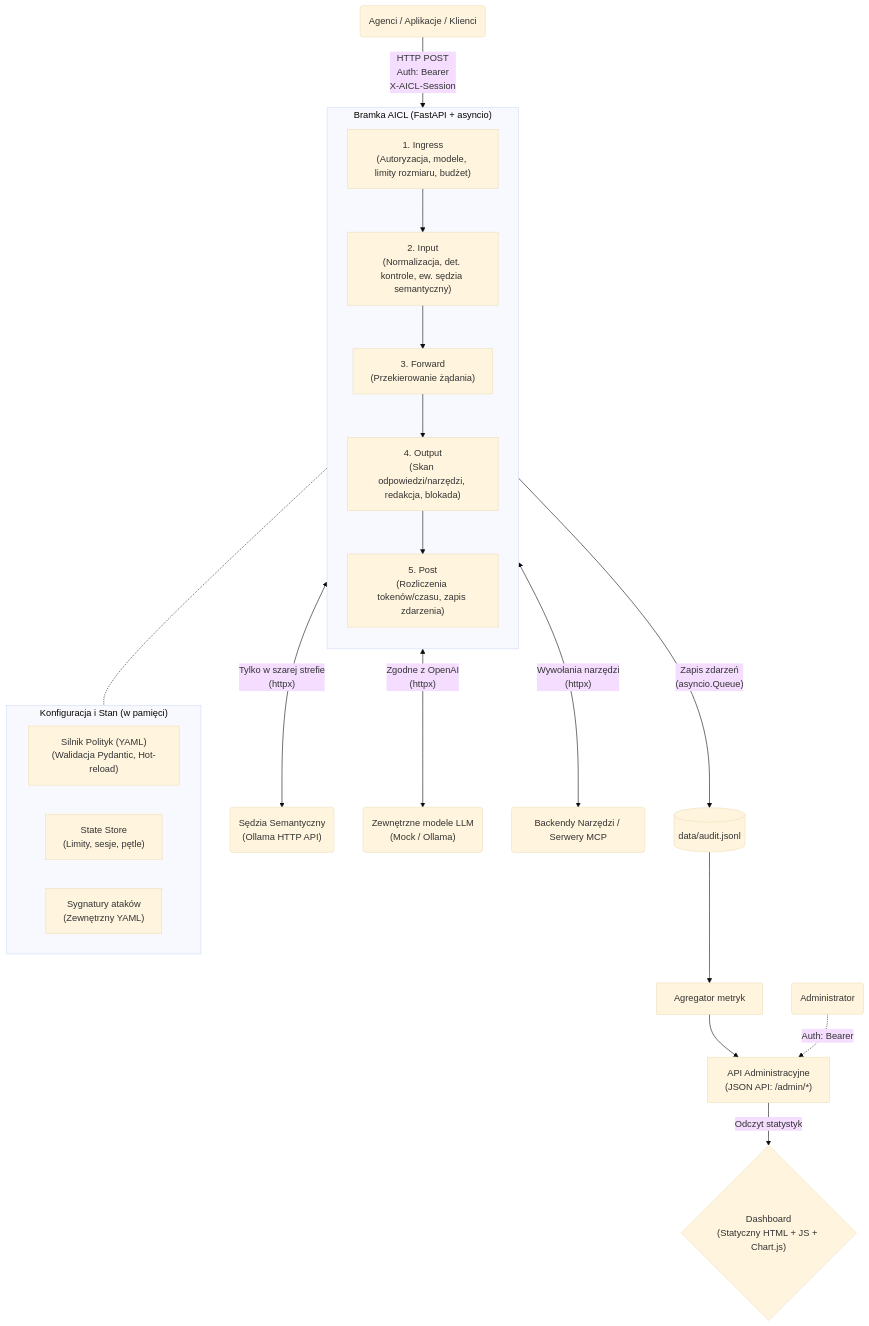
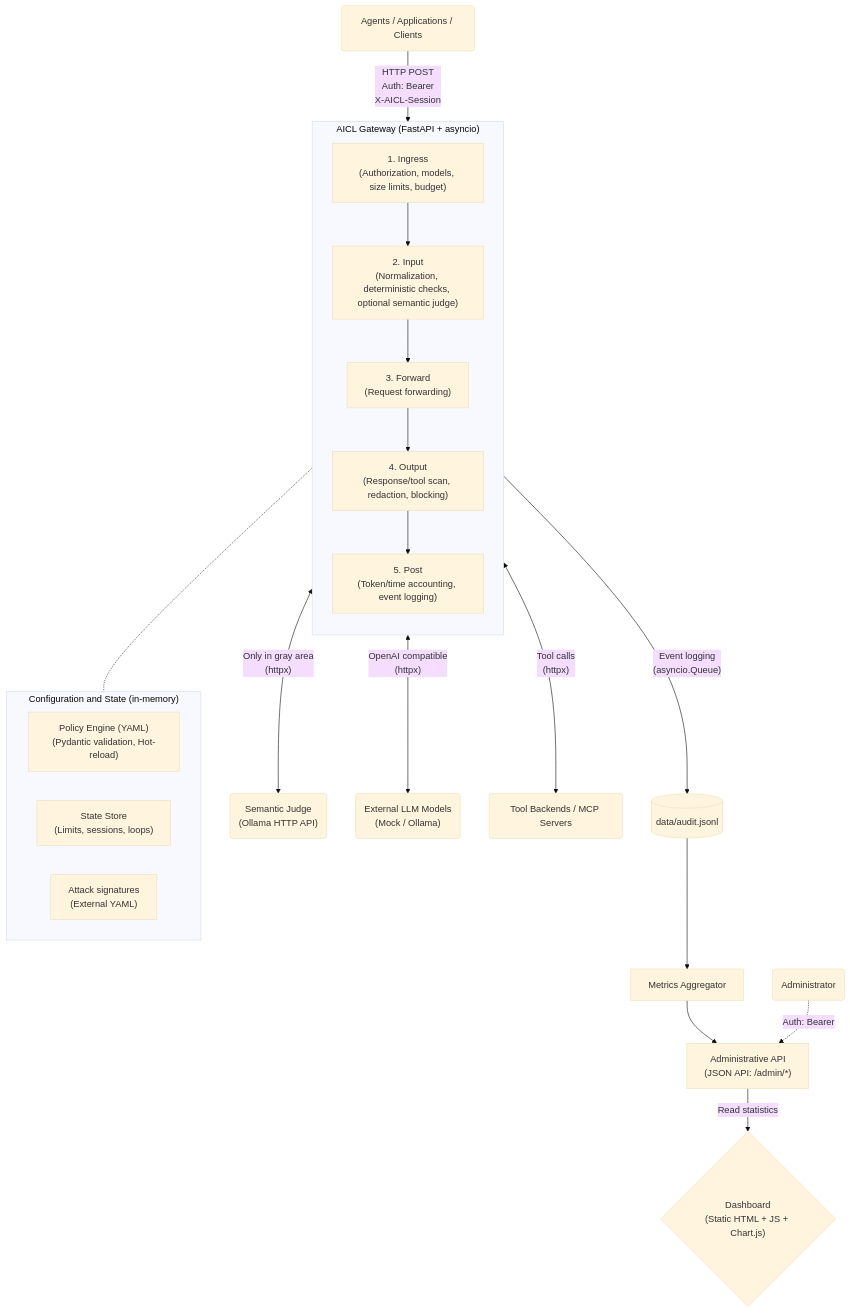
Before and after one commit to gawronmarcin/JMK-AI-Security-Layer: the diagram in README.md, drawn with Mermaid (base theme).

Commit message:
translated diagram

````diff
--- a/README.md
+++ b/README.md
@@ -35,42 +35,42 @@
 ```mermaid
 graph TD
-    %% Klienci
-    Client("Agenci / Aplikacje / Klienci") -->|HTTP POST\nAuth: Bearer\nX-AICL-Session| Gateway
+   %% Clients
+   Client("Agents / Applications / Clients") -->|HTTP POST\nAuth: Bearer\nX-AICL-Session| Gateway
 
-    %% Bramka AICL (Gateway)
-    subgraph Gateway ["Bramka AICL (FastAPI + asyncio)"]
-        direction TB
-        Ingress["1. Ingress\n(Autoryzacja, modele, limity rozmiaru, budżet)"]
-        Input["2. Input\n(Normalizacja, det. kontrole, ew. sędzia semantyczny)"]
-        Forward["3. Forward\n(Przekierowanie żądania)"]
-        Output["4. Output\n(Skan odpowiedzi/narzędzi, redakcja, blokada)"]
-        Post["5. Post\n(Rozliczenia tokenów/czasu, zapis zdarzenia)"]
+   %% AICL Gateway
+   subgraph Gateway ["AICL Gateway (FastAPI + asyncio)"]
+      direction TB
+      Ingress["1. Ingress\n(Authorization, models, size limits, budget)"]
+      Input["2. Input\n(Normalization, deterministic checks, optional semantic judge)"]
+      Forward["3. Forward\n(Request forwarding)"]
+      Output["4. Output\n(Response/tool scan, redaction, blocking)"]
+      Post["5. Post\n(Token/time accounting, event logging)"]
 
-        Ingress --> Input
-        Input --> Forward
-        Forward --> Output
-        Output --> Post
-    end
+      Ingress --> Input
+      Input --> Forward
+      Forward --> Output
+      Output --> Post
+   end
 
-    %% Komunikacja zewnętrzna
-    Input <-->|"Tylko w szarej strefie\n(httpx)"| SemanticJudge("Sędzia Semantyczny\n(Ollama HTTP API)")
-    Forward <-->|"Zgodne z OpenAI\n(httpx)"| UpstreamLLMs("Zewnętrzne modele LLM\n(Mock / Ollama)")
-    Forward <-->|"Wywołania narzędzi\n(httpx)"| Tools("Backendy Narzędzi / Serwery MCP")
+   %% External communication
+   Input <-->|"Only in gray area\n(httpx)"| SemanticJudge("Semantic Judge\n(Ollama HTTP API)")
+   Forward <-->|"OpenAI compatible\n(httpx)"| UpstreamLLMs("External LLM Models\n(Mock / Ollama)")
+   Forward <-->|"Tool calls\n(httpx)"| Tools("Tool Backends / MCP Servers")
 
-    %% Konfiguracja i Stan
-    subgraph Core ["Konfiguracja i Stan (w pamięci)"]
-        PolicyEngine["Silnik Polityk (YAML)\n(Walidacja Pydantic, Hot-reload)"]
-        StateStore["State Store\n(Limity, sesje, pętle)"]
-        SignatureFeed["Sygnatury ataków\n(Zewnętrzny YAML)"]
-    end
-    Gateway -.- Core
+   %% Configuration and State
+   subgraph Core ["Configuration and State (in-memory)"]
+      PolicyEngine["Policy Engine (YAML)\n(Pydantic validation, Hot-reload)"]
+      StateStore["State Store\n(Limits, sessions, loops)"]
+      SignatureFeed["Attack signatures\n(External YAML)"]
+   end
+   Gateway -.- Core
 
-    %% Audyt i Obserwowalność
-    Post -->|"Zapis zdarzeń\n(asyncio.Queue)"| AuditLog[("data/audit.jsonl")]
-    AuditLog --> MetricsAggregator["Agregator metryk"]
-    MetricsAggregator --> AdminAPI["API Administracyjne\n(JSON API: /admin/*)"]
-    AdminAPI -->|"Odczyt statystyk"| Dashboard{"Dashboard\n(Statyczny HTML + JS + Chart.js)"}
-    
-    %% Klawisz admina
-    AdminUser("Administrator") -.->|"Auth: Bearer <admin_key>"| AdminAPI
+   %% Audit and Observability
+   Post -->|"Event logging\n(asyncio.Queue)"| AuditLog[("data/audit.jsonl")]
+   AuditLog --> MetricsAggregator["Metrics Aggregator"]
+   MetricsAggregator --> AdminAPI["Administrative API\n(JSON API: /admin/*)"]
+   AdminAPI -->|"Read statistics"| Dashboard{"Dashboard\n(Static HTML + JS + Chart.js)"}
+   
+   %% Admin key
+   AdminUser("Administrator") -.->|"Auth: Bearer <admin_key>"| AdminAPI
 ```
````
